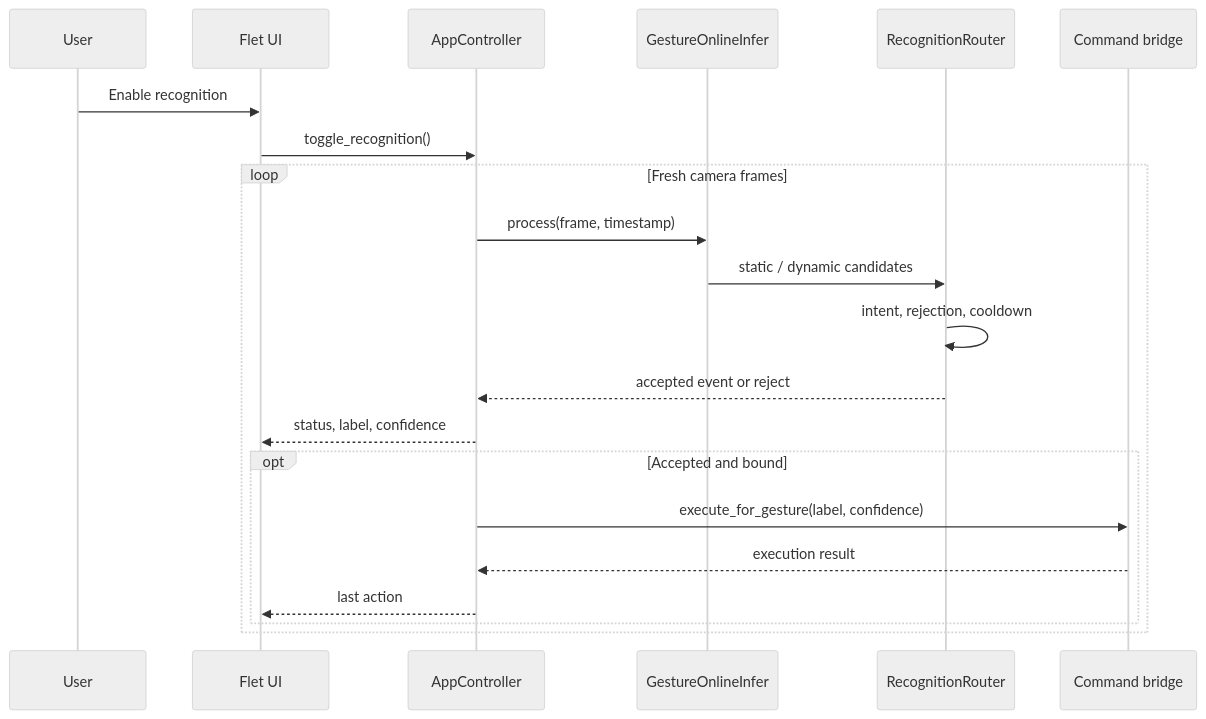
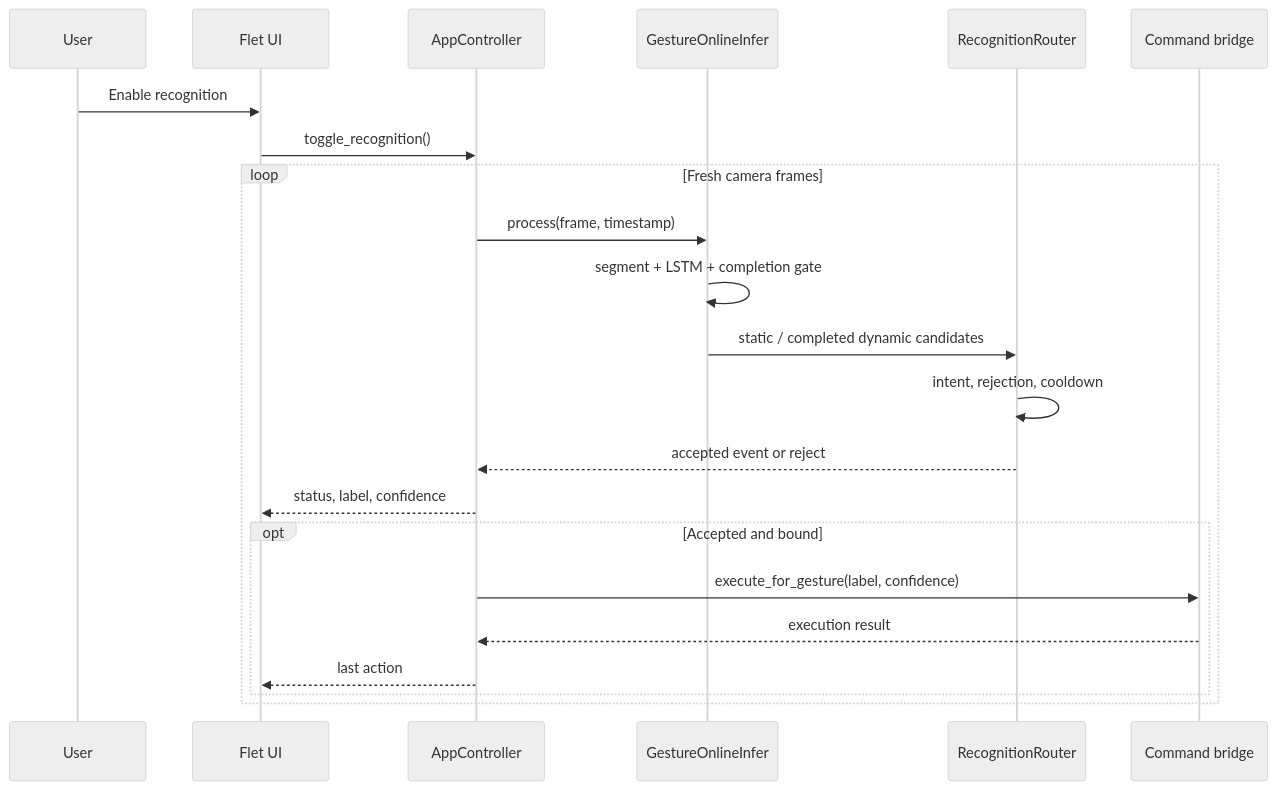
The second of 3 diagrams in ARCHITECTURE.md (Rafaildavar/DPLM), drawn with Mermaid (neutral theme) before and after one commit. The commit also changed other lines of this file and 24 other files, not shown here.

Commit message:
Add adaptive dynamic gesture completion gate

````diff
--- a/ARCHITECTURE.md
+++ b/ARCHITECTURE.md
@@ -64,24 +65,25 @@
 ```mermaid
 sequenceDiagram
     participant U as User
     participant UI as Flet UI
     participant C as AppController
     participant I as GestureOnlineInfer
     participant R as RecognitionRouter
     participant B as Command bridge
 
     U->>UI: Enable recognition
     UI->>C: toggle_recognition()
     loop Fresh camera frames
         C->>I: process(frame, timestamp)
-        I->>R: static / dynamic candidates
+        I->>I: segment + LSTM + completion gate
+        I->>R: static / completed dynamic candidates
         R->>R: intent, rejection, cooldown
         R-->>C: accepted event or reject
         C-->>UI: status, label, confidence
         opt Accepted and bound
             C->>B: execute_for_gesture(label, confidence)
             B-->>C: execution result
             C-->>UI: last action
         end
     end
 ```
````
